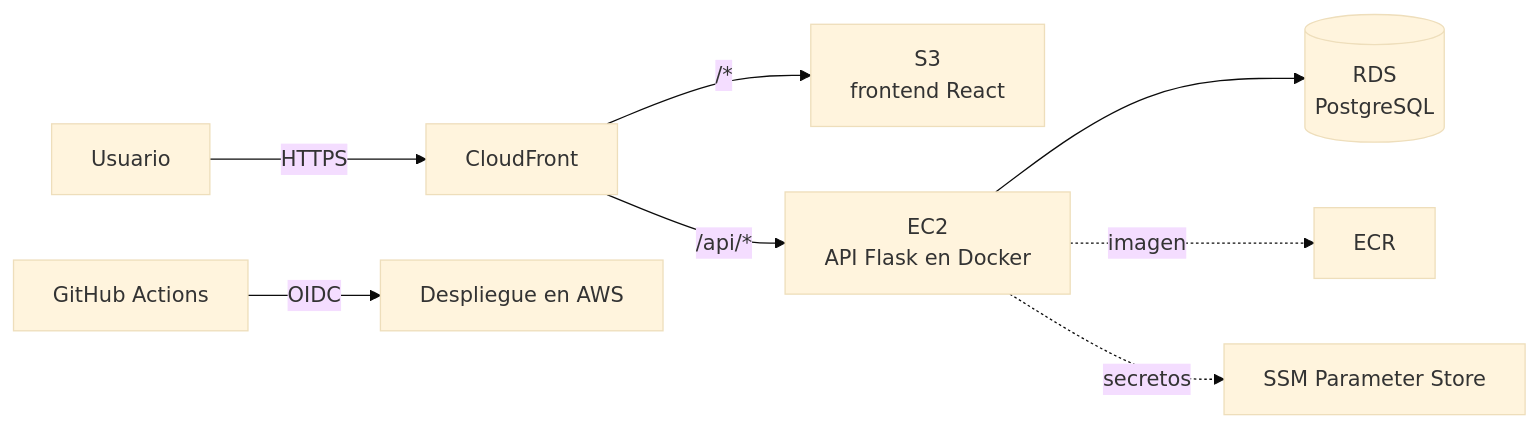
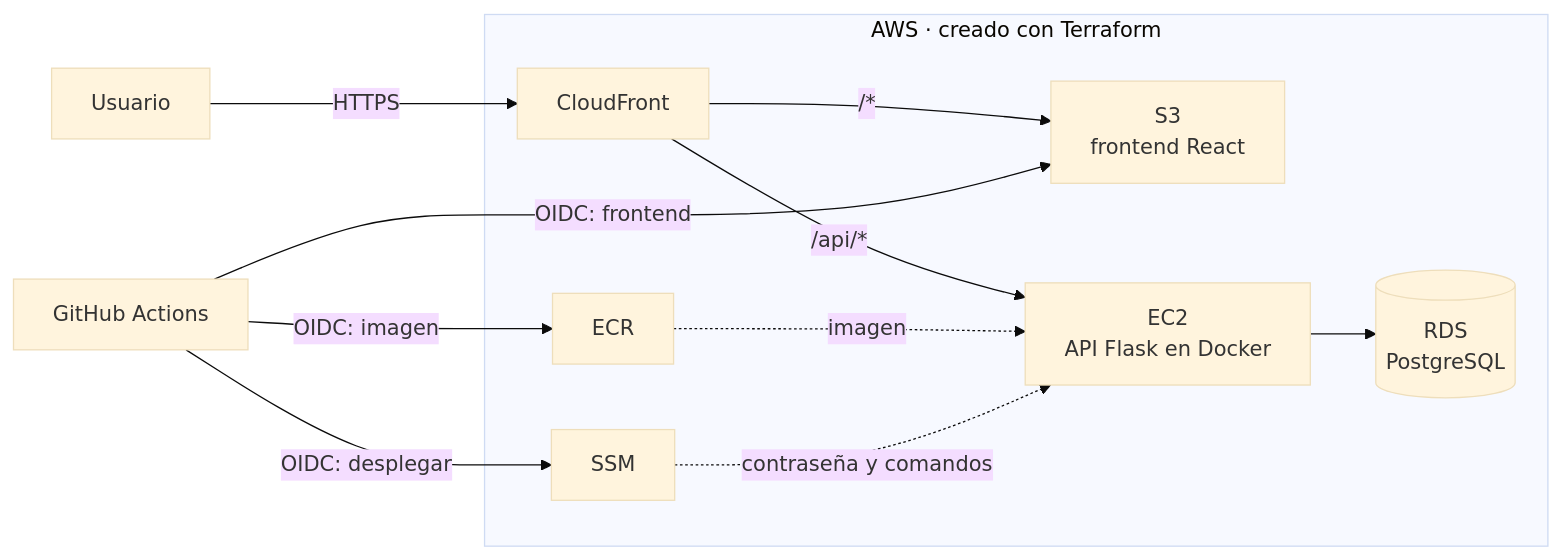
The first of 2 diagrams in README.md (AndressOlvera/job-tracker), drawn with Mermaid (base theme) before and after one commit. The commit also changed other lines of this file and 8 other files, not shown here.

````diff
--- a/README.md
+++ b/README.md
@@ -33,10 +36,14 @@
 ```mermaid
 flowchart LR
-    user["Usuario"] -->|HTTPS| cf["CloudFront"]
-    cf -->|"/*"| s3["S3<br/>frontend React"]
-    cf -->|"/api/*"| ec2["EC2<br/>API Flask en Docker"]
-    ec2 --> rds[("RDS<br/>PostgreSQL")]
-    ec2 -.->|imagen| ecr["ECR"]
-    ec2 -.->|secretos| ssm["SSM Parameter Store"]
-    gha["GitHub Actions"] -->|OIDC| aws["Despliegue en AWS"]
+    subgraph aws["AWS · creado con Terraform"]
+        cf["CloudFront"] -->|"/*"| s3["S3<br/>frontend React"]
+        cf -->|"/api/*"| ec2["EC2<br/>API Flask en Docker"]
+        ec2 --> rds[("RDS<br/>PostgreSQL")]
+        ecr["ECR"] -.->|imagen| ec2
+        ssm["SSM"] -.->|contraseña y comandos| ec2
+    end
+    user["Usuario"] -->|HTTPS| cf
+    gha["GitHub Actions"] -->|"OIDC: imagen"| ecr
+    gha -->|"OIDC: frontend"| s3
+    gha -->|"OIDC: desplegar"| ssm
 ```
````
